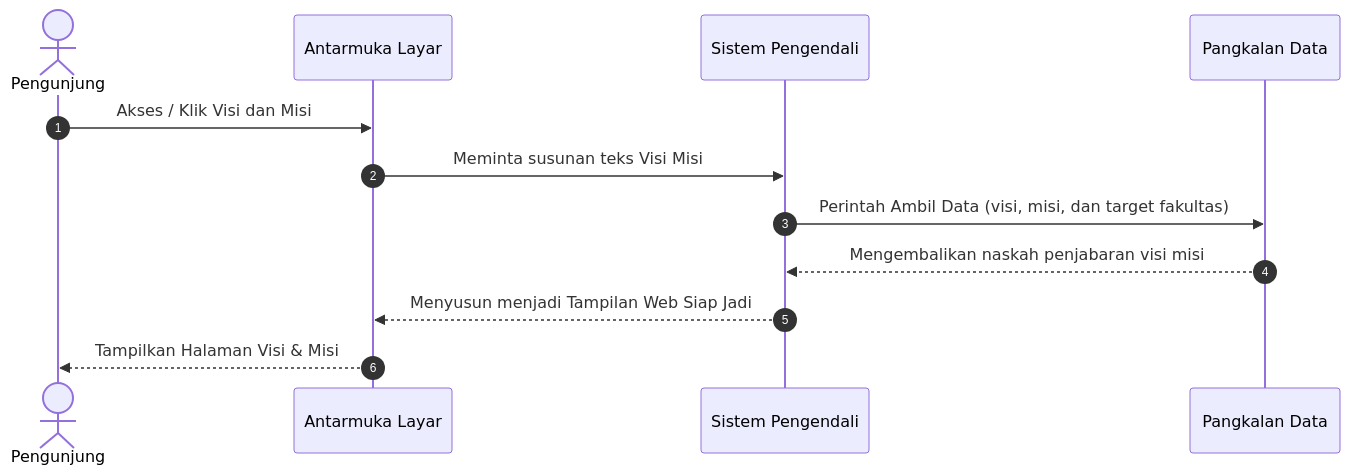
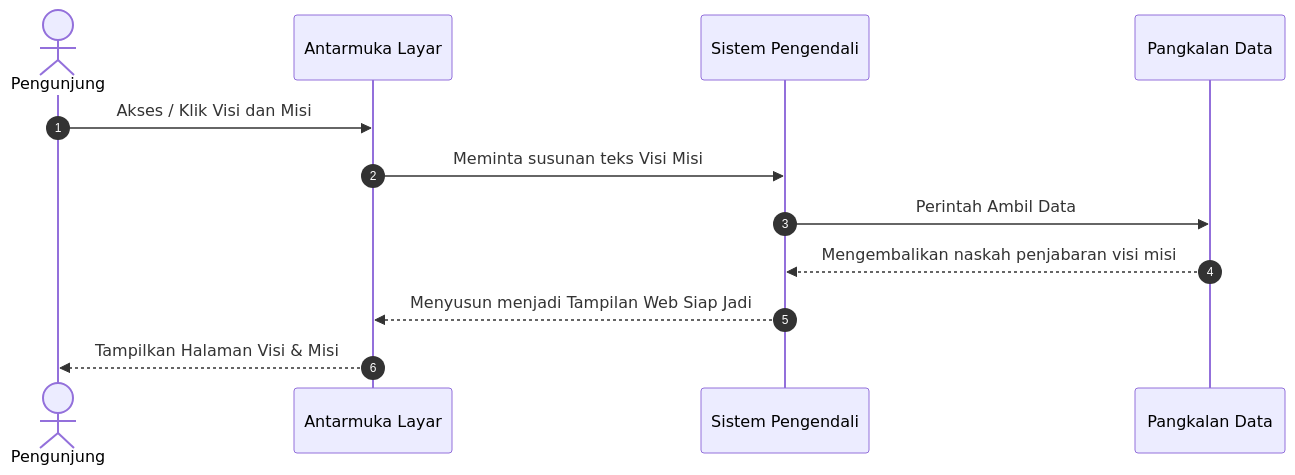
Before and after one commit to arbain-dev/Web_fikom: the fifth of 39 diagrams in docs/02_DIAGRAM_URUTAN_SEQUENCE.md, drawn with Mermaid. The commit also changed other lines of this file, not shown here.

Commit message:
docs: menghapus jargon penjelasan di dalam kurung agar kalimat lebih mulus dan sederhana

````diff
--- a/docs/02_DIAGRAM_URUTAN_SEQUENCE.md
+++ b/docs/02_DIAGRAM_URUTAN_SEQUENCE.md
@@ -120,18 +120,18 @@
 ```mermaid
 sequenceDiagram
     autonumber
     
     actor User as Pengunjung
     participant Frontend as Antarmuka Layar
     participant Backend as Sistem Pengendali
     participant Database as Pangkalan Data
 
     User->>Frontend: Akses / Klik Visi dan Misi
     Frontend->>Backend: Meminta susunan teks Visi Misi
     
-    Backend->>Database: Perintah Ambil Data (visi, misi, dan target fakultas)
+    Backend->>Database: Perintah Ambil Data
     Database-->>Backend: Mengembalikan naskah penjabaran visi misi
     
     Backend-->>Frontend: Menyusun menjadi Tampilan Web Siap Jadi
     Frontend-->>User: Tampilkan Halaman Visi & Misi
 ```
````
